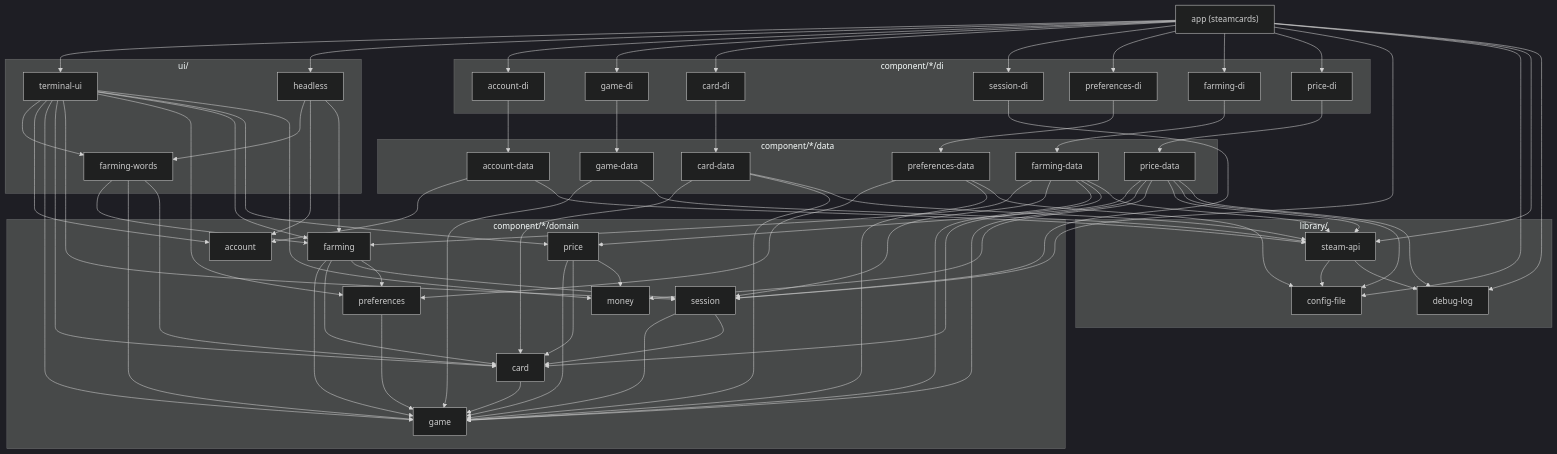
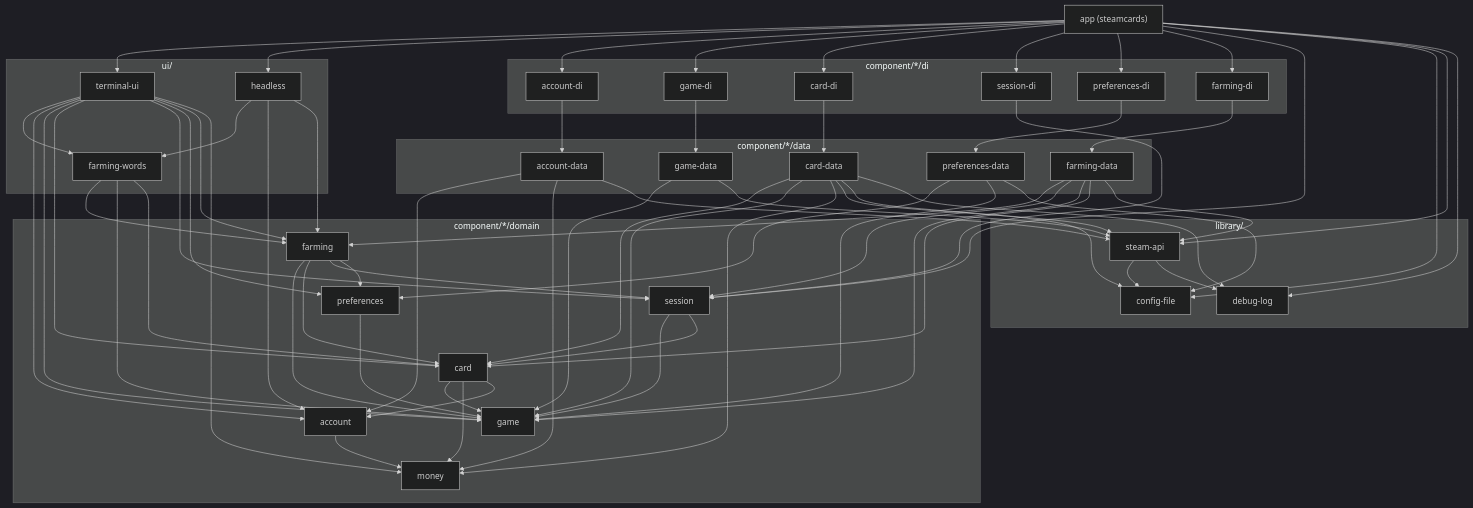
One commit to joshgallantt/steamcards changed the diagram in docs/architecture.md. Above: the diagram before and after it, drawn with Mermaid (dark theme). The commit also changed other lines of this file and 170 other files, not shown here.

````diff
--- a/docs/architecture.md
+++ b/docs/architecture.md
@@ -409,70 +422,65 @@
 ```mermaid
 graph TD
     APP["app (steamcards)"]
 
     subgraph UI["ui/"]
         TUI[terminal-ui]
         HL[headless]
         FW[farming-words]
     end
 
     subgraph DI["component/*/di"]
         ADI[account-di]
         GDI[game-di]
         CDI[card-di]
         SDI[session-di]
         PDI[preferences-di]
         FDI[farming-di]
-        PRDI[price-di]
     end
 
     subgraph DATA["component/*/data"]
         AD[account-data]
         GD[game-data]
         CD[card-data]
         PD[preferences-data]
         FD[farming-data]
-        PRD[price-data]
     end
 
     subgraph DOMAIN["component/*/domain"]
         MON[money]
         ACC[account]
         GAME[game]
         CARD[card]
         SES[session]
         PREF[preferences]
         FARM[farming]
-        PRICE[price]
     end
 
     subgraph LIBS["library/"]
         SA[steam-api]
         CF[config-file]
         DL[debug-log]
     end
 
-    APP --> TUI & HL & ADI & GDI & CDI & SDI & PDI & FDI & PRDI & SES & CF & SA & DL
-    TUI --> FW & ACC & GAME & CARD & SES & PREF & FARM & PRICE & MON
+    APP --> TUI & HL & ADI & GDI & CDI & SDI & PDI & FDI & SES & CF & SA & DL
+    TUI --> FW & ACC & GAME & CARD & SES & PREF & FARM & MON
     HL --> FW & ACC & FARM
     FW --> FARM & GAME & CARD
     ADI --> AD
     GDI --> GD
     CDI --> CD
     PDI --> PD
     FDI --> FD
     SDI --> SES
-    PRDI --> PRD
-    AD --> ACC & SA
+    AD --> ACC & MON & SA
     GD --> GAME & SA
-    CD --> CARD & GAME & SA
+    CD --> CARD & GAME & MON & SA & CF & DL
     PD --> PREF & GAME & CF
     FD --> FARM & SES & GAME & CARD & SA
-    PRD --> PRICE & GAME & MON & SA & CF & DL
-    CARD --> GAME
+    ACC --> MON
+    CARD --> GAME & MON & ACC
     PREF --> GAME
     SES --> GAME & CARD
     FARM --> GAME & CARD & SES & PREF
-    PRICE --> GAME & CARD & MON
     SA --> CF & DL
 ```
````
